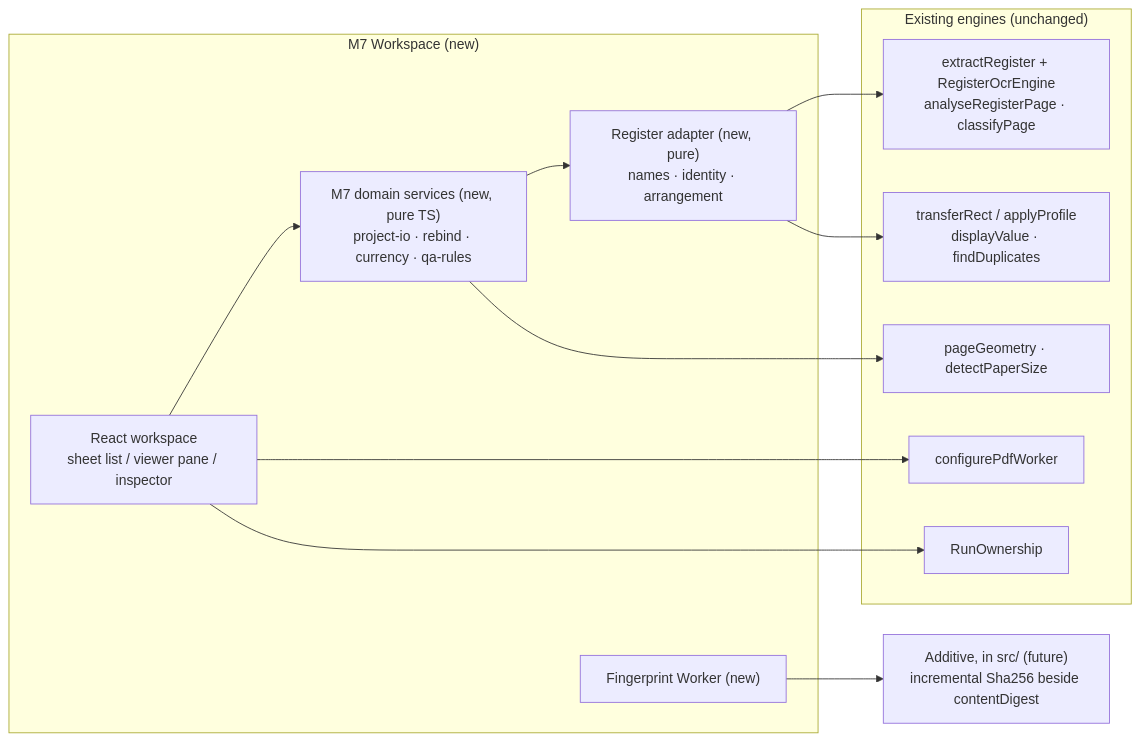
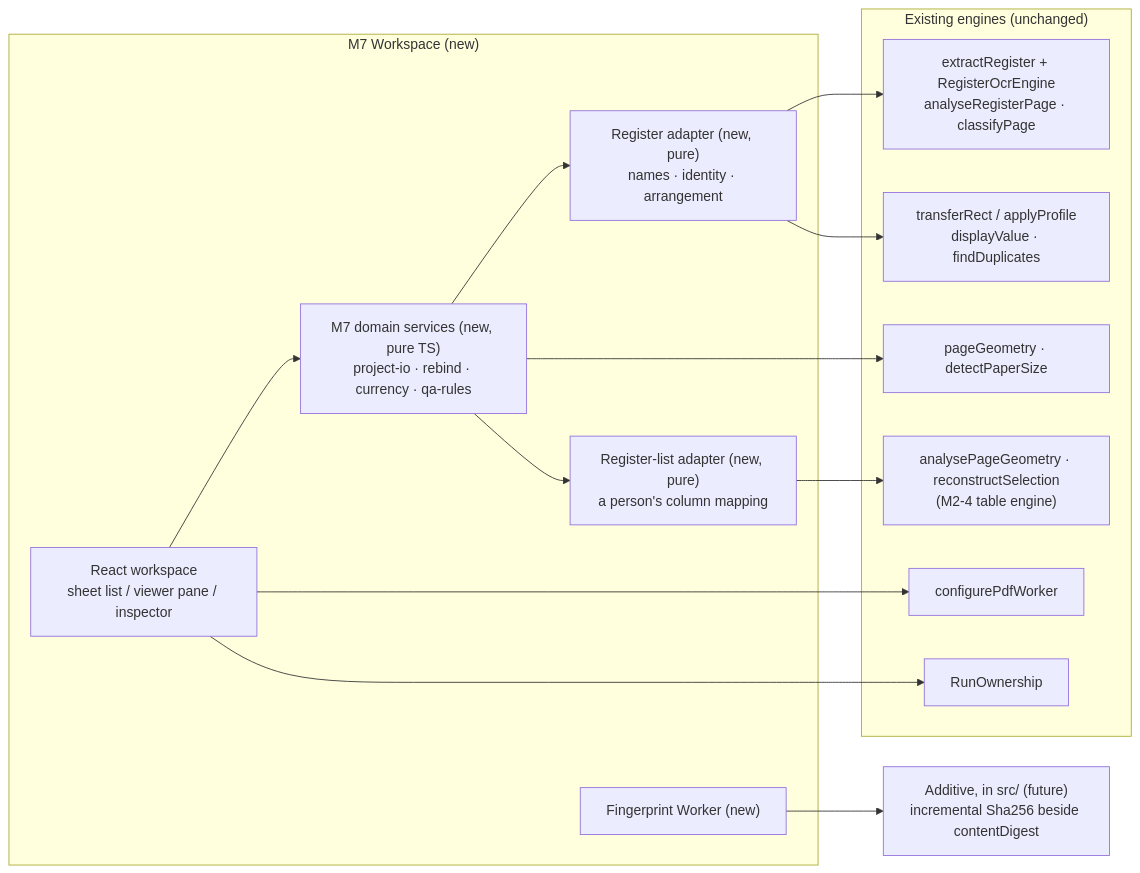
One commit to airesearchagl-art/PDF_ArchiTools changed the diagram in research/m7-drawing-set-manager/reuse-audit.md. Above: the diagram before and after it, drawn with Mermaid. The commit also changed other lines of this file and 56 other files, not shown here.

````diff
--- a/research/m7-drawing-set-manager/reuse-audit.md
+++ b/research/m7-drawing-set-manager/reuse-audit.md
@@ -207,26 +269,30 @@
 ```mermaid
 flowchart LR
     subgraph M7["M7 Workspace (new)"]
         UI["React workspace<br/>sheet list / viewer pane / inspector"]
         SVC["M7 domain services (new, pure TS)<br/>project-io · rebind · currency · qa-rules"]
         ADP["Register adapter (new, pure)<br/>names · identity · arrangement"]
+        RLA["Register-list adapter (new, pure)<br/>a person's column mapping"]
         FPW["Fingerprint Worker (new)"]
     end
     subgraph EX["Existing engines (unchanged)"]
         REG["extractRegister + RegisterOcrEngine<br/>analyseRegisterPage · classifyPage"]
         TPL["transferRect / applyProfile<br/>displayValue · findDuplicates"]
         GEO["pageGeometry · detectPaperSize"]
+        TBL["analysePageGeometry · reconstructSelection<br/>(M2-4 table engine)"]
         RT["configurePdfWorker"]
         OWN["RunOwnership"]
     end
     NEW["Additive, in src/ (future)<br/>incremental Sha256 beside contentDigest"]
 
     UI --> SVC
     SVC --> ADP
     ADP --> REG
     ADP --> TPL
+    SVC --> RLA
+    RLA --> TBL
     SVC --> GEO
     UI --> RT
     UI --> OWN
     FPW --> NEW
 ```
````
